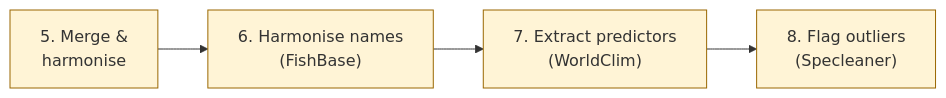
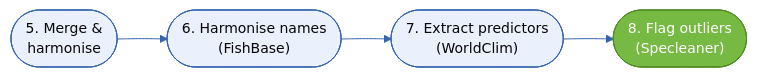
Before and after one commit to Mehrad1994/AquaINFRA_Training_Handbooks: the diagram in docs/trainings/pan-european-use-case/08_workflow_processing.md, drawn with Mermaid. The commit also changed other lines of this file and 9 other files, not shown here.

First line of the commit message:
Workflow diagram headings/styling, fix reference nav, justify text, refine intro box

````diff
--- a/docs/trainings/pan-european-use-case/08_workflow_processing.md
+++ b/docs/trainings/pan-european-use-case/08_workflow_processing.md
@@ -20,10 +22,11 @@
 ```mermaid
+%%{init: {'theme':'base','themeVariables':{'lineColor':'#3564ac','fontFamily':'Inter, system-ui, sans-serif','fontSize':'14px'}}}%%
 flowchart LR
-    M["5. Merge &<br/>harmonise"] --> N["6. Harmonise names<br/>(FishBase)"]
-    N --> O["7. Extract predictors<br/>(WorldClim)"]
-    O --> P["8. Flag outliers<br/>(Specleaner)"]
-    style M fill:#fff4d6,stroke:#9a6700
-    style N fill:#fff4d6,stroke:#9a6700
-    style O fill:#fff4d6,stroke:#9a6700
-    style P fill:#fff4d6,stroke:#9a6700
+    M(["5. Merge &<br/>harmonise"]) --> N(["6. Harmonise names<br/>(FishBase)"])
+    N --> O(["7. Extract predictors<br/>(WorldClim)"])
+    O --> P(["8. Flag outliers<br/>(Specleaner)"])
+    style M fill:#eaf1fc,stroke:#3564AC,color:#070608
+    style N fill:#eaf1fc,stroke:#3564AC,color:#070608
+    style O fill:#eaf1fc,stroke:#3564AC,color:#070608
+    style P fill:#76b943,stroke:#4f8a23,color:#ffffff
 ```
````
